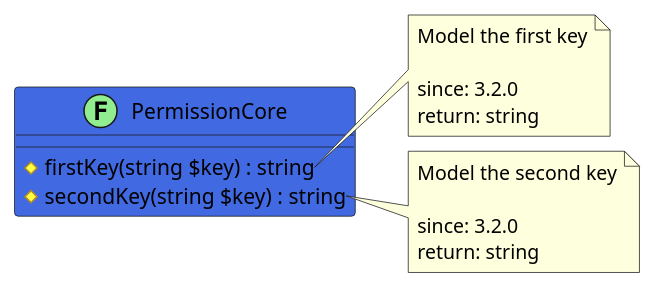
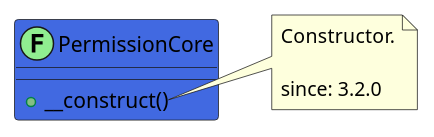
Before and after one commit to joomengine/jcb-compiler: the diagram in src/5e3d856d-8174-4131-b4e9-9328066438e1/README.md, drawn with PlantUML. The commit also changed other lines of this file and 272 other files, not shown here.

````diff
--- a/src/5e3d856d-8174-4131-b4e9-9328066438e1/README.md
+++ b/src/5e3d856d-8174-4131-b4e9-9328066438e1/README.md
@@ -12,23 +12,14 @@
 ```uml
 @startuml
 class PermissionCore << (F,LightGreen) >> #RoyalBlue {
-  # firstKey(string $key) : string
-  # secondKey(string $key) : string
+  + __construct()
 }
 
-note right of PermissionCore::firstKey
-  Model the first key
+note right of PermissionCore::__construct
+  Constructor.
 
   since: 3.2.0
-  return: string
-end note
-
-note right of PermissionCore::secondKey
-  Model the second key
-
-  since: 3.2.0
-  return: string
 end note
  
 @enduml
 ```
````
